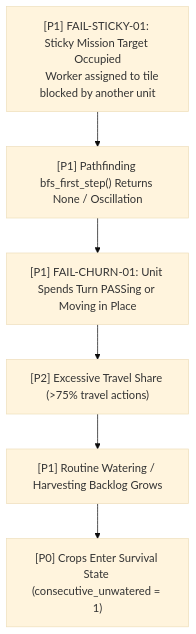
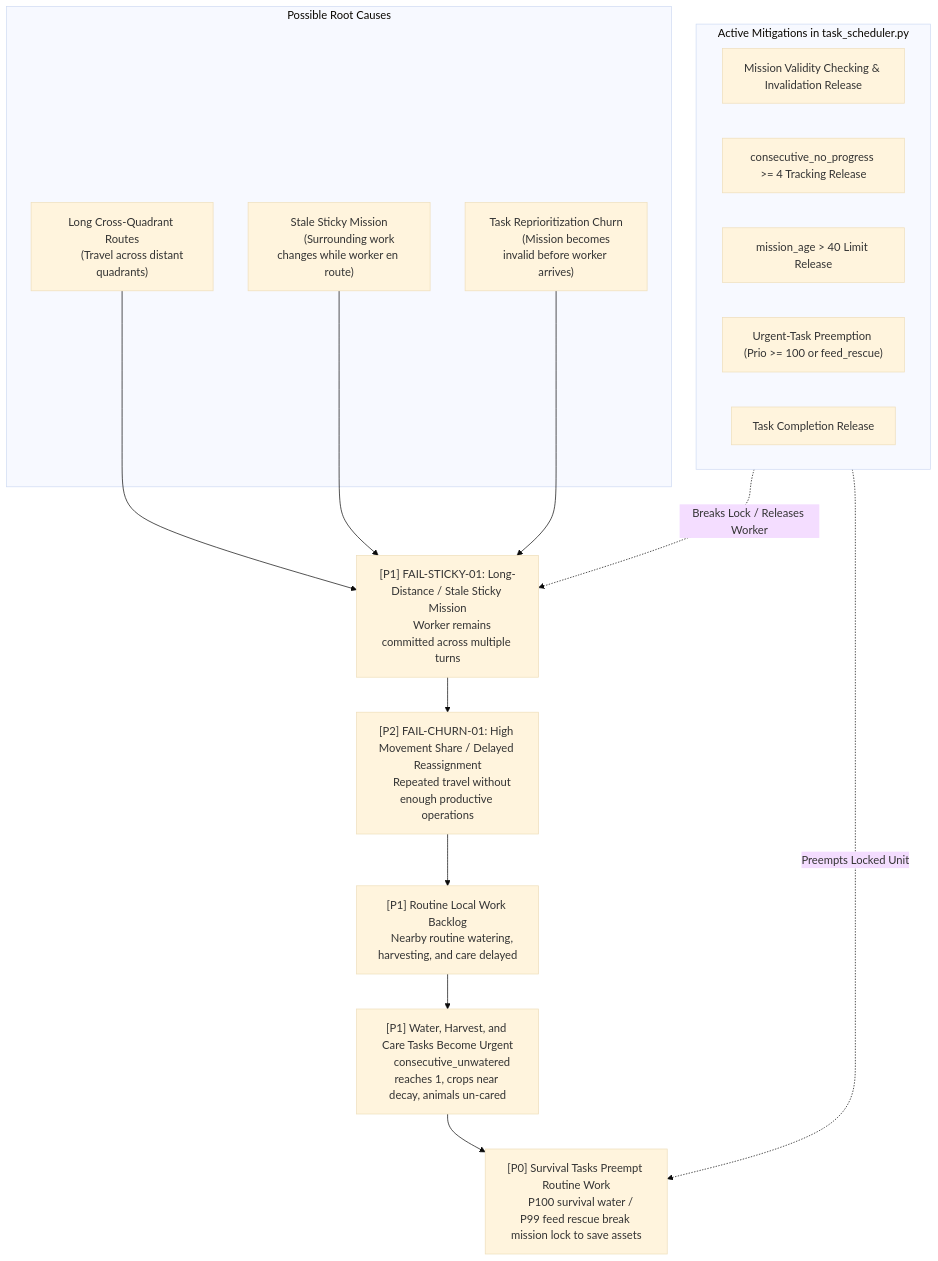
The fifth of 10 diagrams in architecture/failure_propagation.md (aaryasj0310-stack/farm), drawn with Mermaid (base theme) before and after one commit. The commit also changed other lines of this file and 242 other files, not shown here.

Commit message:
feat: generalized price-protected drip selling, ongoing crop survival watering, and bounded opponent market inference

````diff
--- a/architecture/failure_propagation.md
+++ b/architecture/failure_propagation.md
@@ -111,12 +122,41 @@
 ```mermaid
 flowchart TD
-    F1["[P1] FAIL-STICKY-01: Sticky Mission Target Occupied
-    Worker assigned to tile blocked by another unit"]
-    F2["[P1] Pathfinding bfs_first_step() Returns None / Oscillation"]
-    F3["[P1] FAIL-CHURN-01: Unit Spends Turn PASSing or Moving in Place"]
-    F4["[P2] Excessive Travel Share (>75% travel actions)"]
-    F5["[P1] Routine Watering / Harvesting Backlog Grows"]
-    F6["[P0] Crops Enter Survival State (consecutive_unwatered = 1)"]
+    subgraph CAUSES["Possible Root Causes"]
+        RC1["Long Cross-Quadrant Routes
+        (Travel across distant quadrants)"]
+        RC2["Stale Sticky Mission
+        (Surrounding work changes while worker en route)"]
+        RC3["Task Reprioritization Churn
+        (Mission becomes invalid before worker arrives)"]
+    end
 
-    F1 --> F2 --> F3 --> F4 --> F5 --> F6
+    F1["[P1] FAIL-STICKY-01: Long-Distance / Stale Sticky Mission
+    Worker remains committed across multiple turns"]
+    F2["[P2] FAIL-CHURN-01: High Movement Share / Delayed Reassignment
+    Repeated travel without enough productive operations"]
+    F3["[P1] Routine Local Work Backlog
+    Nearby routine watering, harvesting, and care delayed"]
+    F4["[P1] Water, Harvest, and Care Tasks Become Urgent
+    consecutive_unwatered reaches 1, crops near decay, animals un-cared"]
+    F5["[P0] Survival Tasks Preempt Routine Work
+    P100 survival water / P99 feed rescue break mission lock to save assets"]
+
+    subgraph MITIGATIONS["Active Mitigations in task_scheduler.py"]
+        M1["Mission Validity Checking & Invalidation Release"]
+        M2["consecutive_no_progress >= 4 Tracking Release"]
+        M3["mission_age > 40 Limit Release"]
+        M4["Urgent-Task Preemption (Prio >= 100 or feed_rescue)"]
+        M5["Task Completion Release"]
+    end
+
+    RC1 --> F1
+    RC2 --> F1
+    RC3 --> F1
+    F1 --> F2
+    F2 --> F3
+    F3 --> F4
+    F4 --> F5
+
+    MITIGATIONS -.->|Breaks Lock / Releases Worker| F1
+    MITIGATIONS -.->|Preempts Locked Unit| F5
 ```
````
